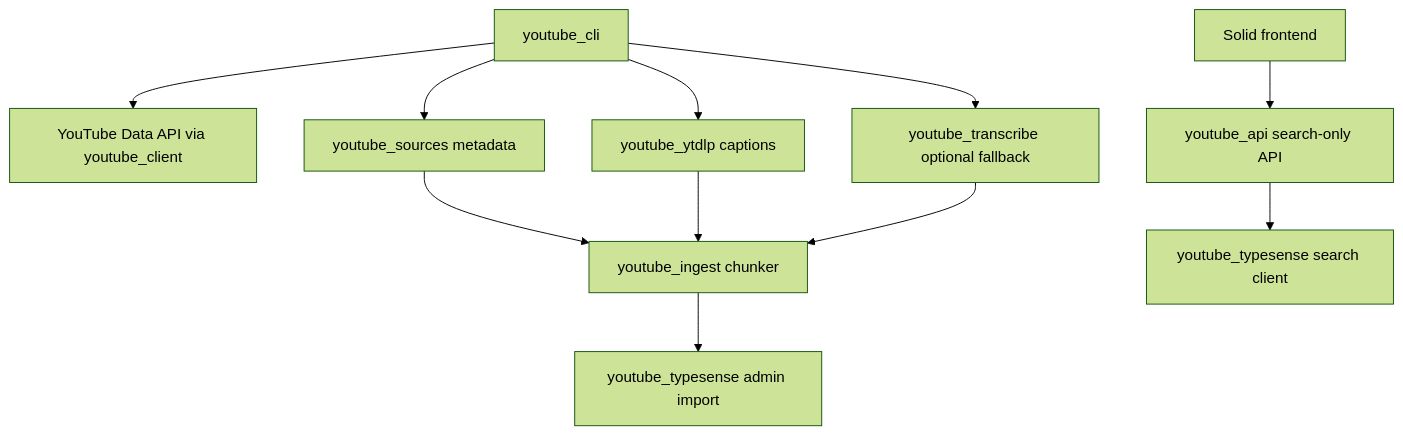
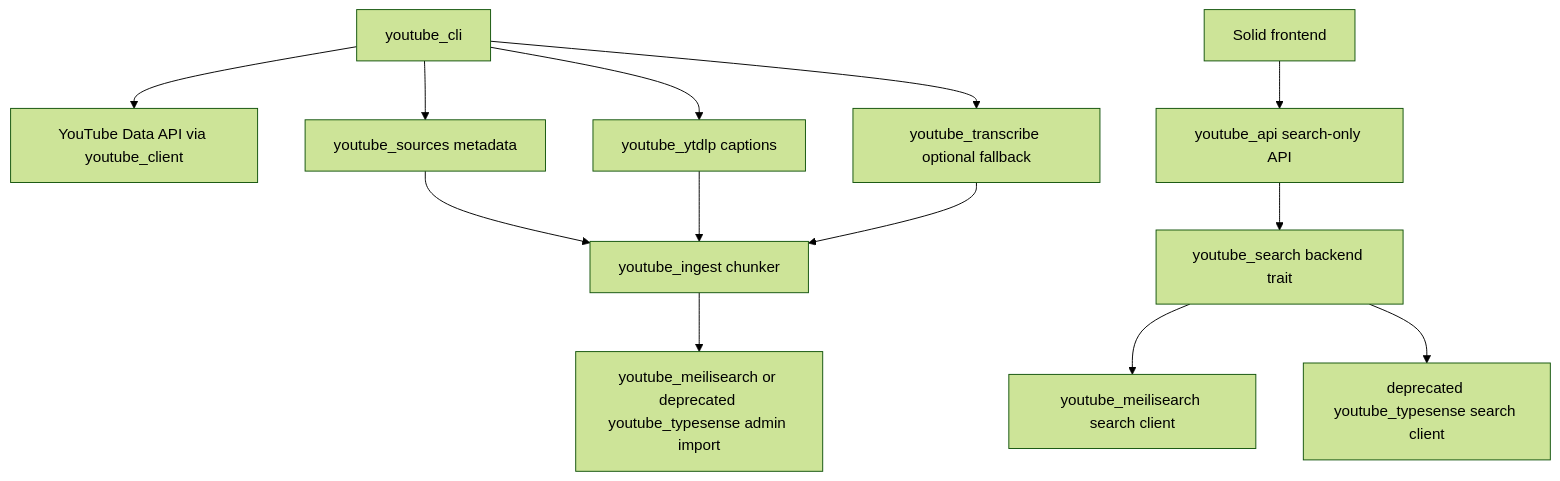
The diagram in docs/architecture.md (Priyansh4444/ytsearch), drawn with Mermaid (forest theme) before and after one commit. The commit also changed other lines of this file and 5 other files, not shown here.

````diff
--- a/docs/architecture.md
+++ b/docs/architecture.md
@@ -22,13 +24,15 @@
 ```mermaid
 flowchart TD
     CLI[youtube_cli] --> YT[YouTube Data API via youtube_client]
     CLI --> META[youtube_sources metadata]
     CLI --> CAP[youtube_ytdlp captions]
     CLI --> VOX[youtube_transcribe optional fallback]
     META --> ING[youtube_ingest chunker]
     CAP --> ING
     VOX --> ING
-    ING --> TS[youtube_typesense admin import]
-    API[youtube_api search-only API] --> TSSEARCH[youtube_typesense search client]
+    ING --> SEARCHADMIN[youtube_meilisearch or deprecated youtube_typesense admin import]
+    API[youtube_api search-only API] --> SEARCH[youtube_search backend trait]
+    SEARCH --> MEILI[youtube_meilisearch search client]
+    SEARCH --> TYPESENSE[deprecated youtube_typesense search client]
     WEB[Solid frontend] --> API
 ```
````
